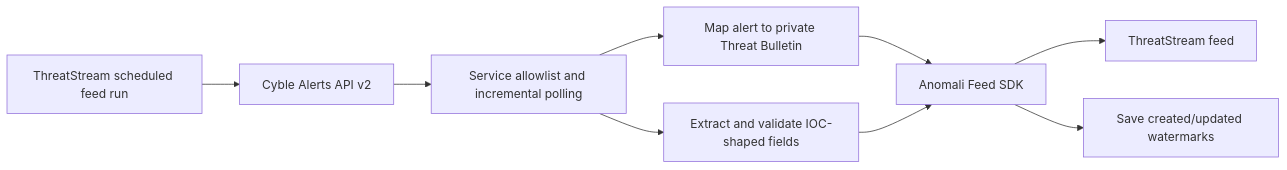
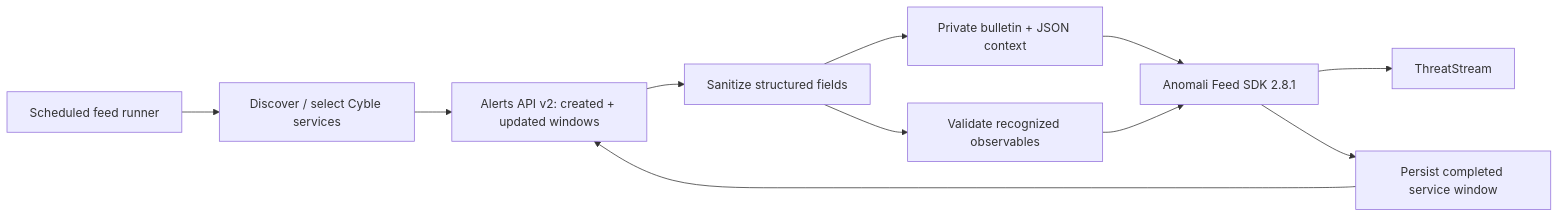
Before and after one commit to Prank1004/cyble-anomali-threatstream: the diagram in README.md, drawn with Mermaid. The commit also changed other lines of this file and 31 other files, not shown here.

````diff
--- a/README.md
+++ b/README.md
@@ -9,11 +42,13 @@
 ```mermaid
 flowchart LR
-    A[ThreatStream scheduled feed run] --> B[Cyble Alerts API v2]
-    B --> C[Service allowlist and incremental polling]
-    C --> D[Map alert to private Threat Bulletin]
-    C --> E[Extract and validate IOC-shaped fields]
-    D --> F[Anomali Feed SDK]
-    E --> F
-    F --> G[ThreatStream feed]
-    F --> H[Save created/updated watermarks]
+    A[Scheduled feed runner] --> B[Discover / select Cyble services]
+    B --> C[Alerts API v2: created + updated windows]
+    C --> D[Sanitize structured fields]
+    D --> E[Private bulletin + JSON context]
+    D --> F[Validate recognized observables]
+    E --> G[Anomali Feed SDK 2.8.1]
+    F --> G
+    G --> H[ThreatStream]
+    G --> I[Persist completed service window]
+    I --> C
 ```
````
